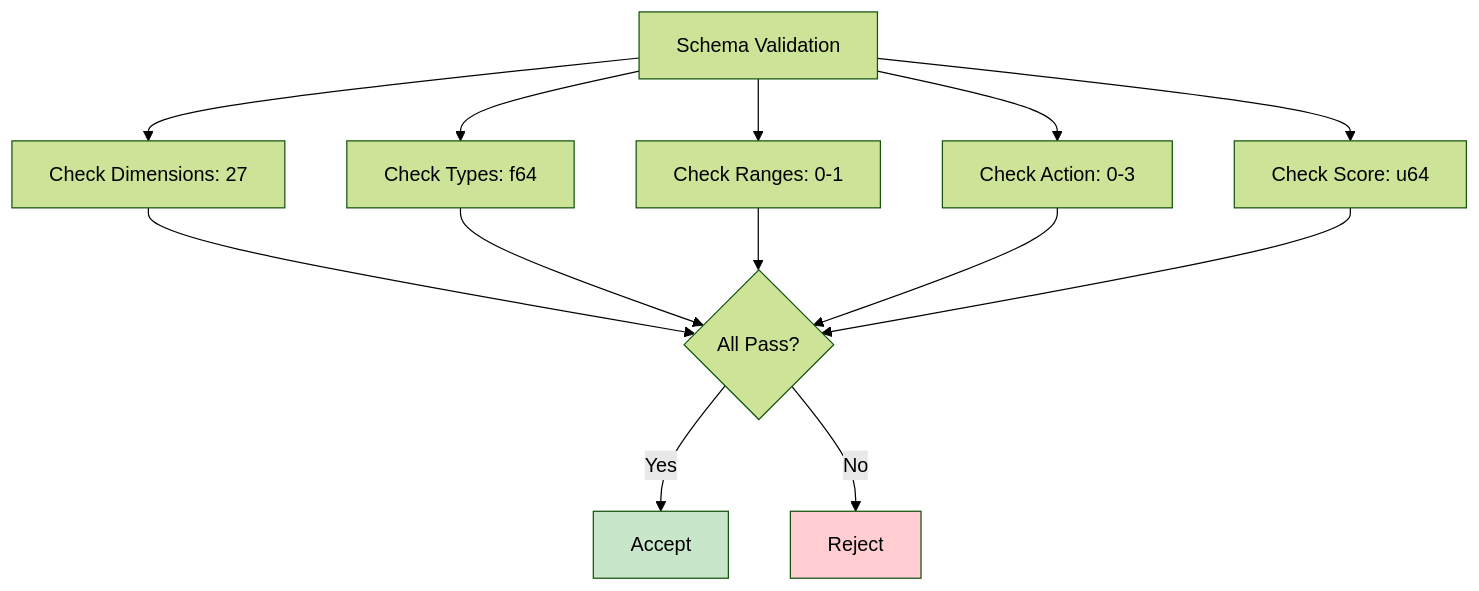
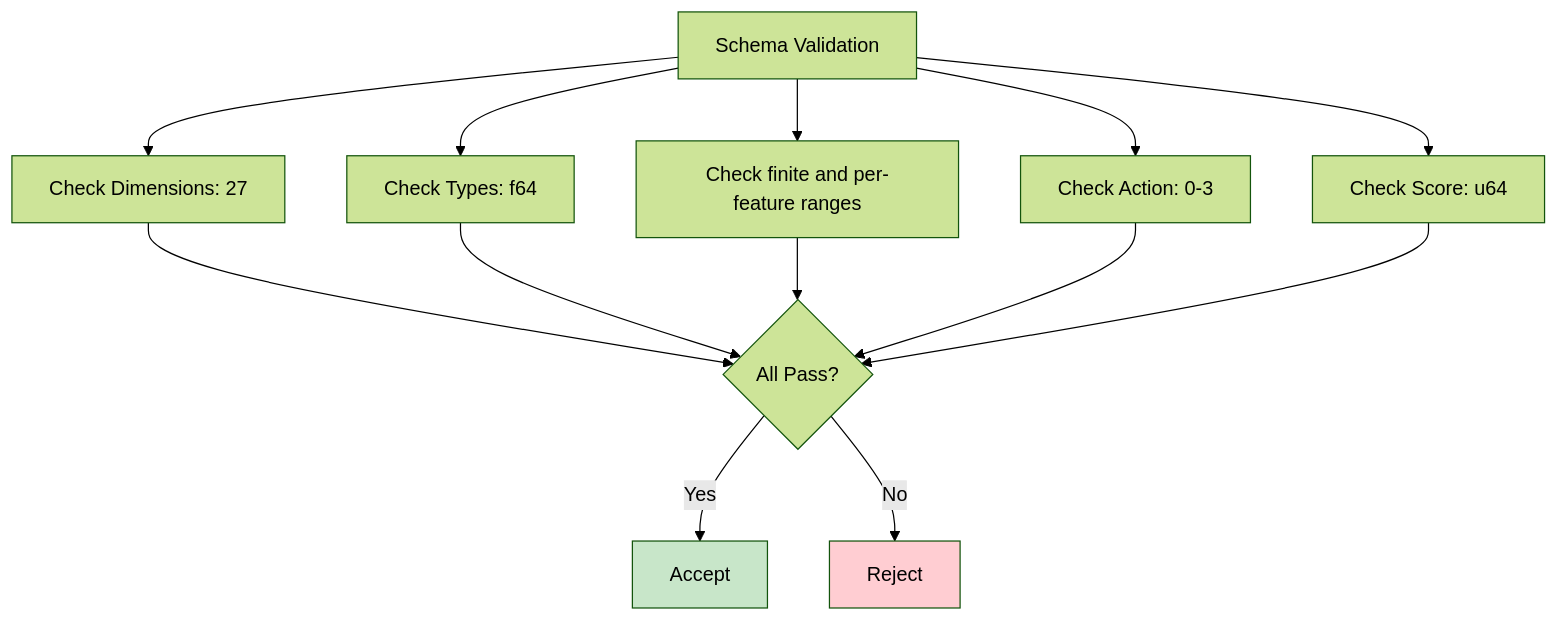
One commit to Evintkoo/2048-ml changed the fourth of 5 diagrams in plans/06-Data/02-Format/01-data-schema.md. Above: the diagram before and after it, drawn with Mermaid (forest theme). The commit also changed other lines of this file and 144 other files, not shown here.

````diff
--- a/plans/06-Data/02-Format/01-data-schema.md
+++ b/plans/06-Data/02-Format/01-data-schema.md
@@ -130,20 +130,20 @@
 ```mermaid
 flowchart TD
     Validate[Schema Validation]
     Validate --> Check1[Check Dimensions: 27]
     Validate --> Check2[Check Types: f64]
-    Validate --> Check3[Check Ranges: 0-1]
+    Validate --> Check3[Check finite and per-feature ranges]
     Validate --> Check4[Check Action: 0-3]
     Validate --> Check5[Check Score: u64]
     
     Check1 --> AllPass{All Pass?}
     Check2 --> AllPass
     Check3 --> AllPass
     Check4 --> AllPass
     Check5 --> AllPass
     AllPass --> |Yes| Accept[Accept]
     AllPass --> |No| Reject[Reject]
     
     style Accept fill:#c8e6c9
     style Reject fill:#ffcdd2
 ```
````
